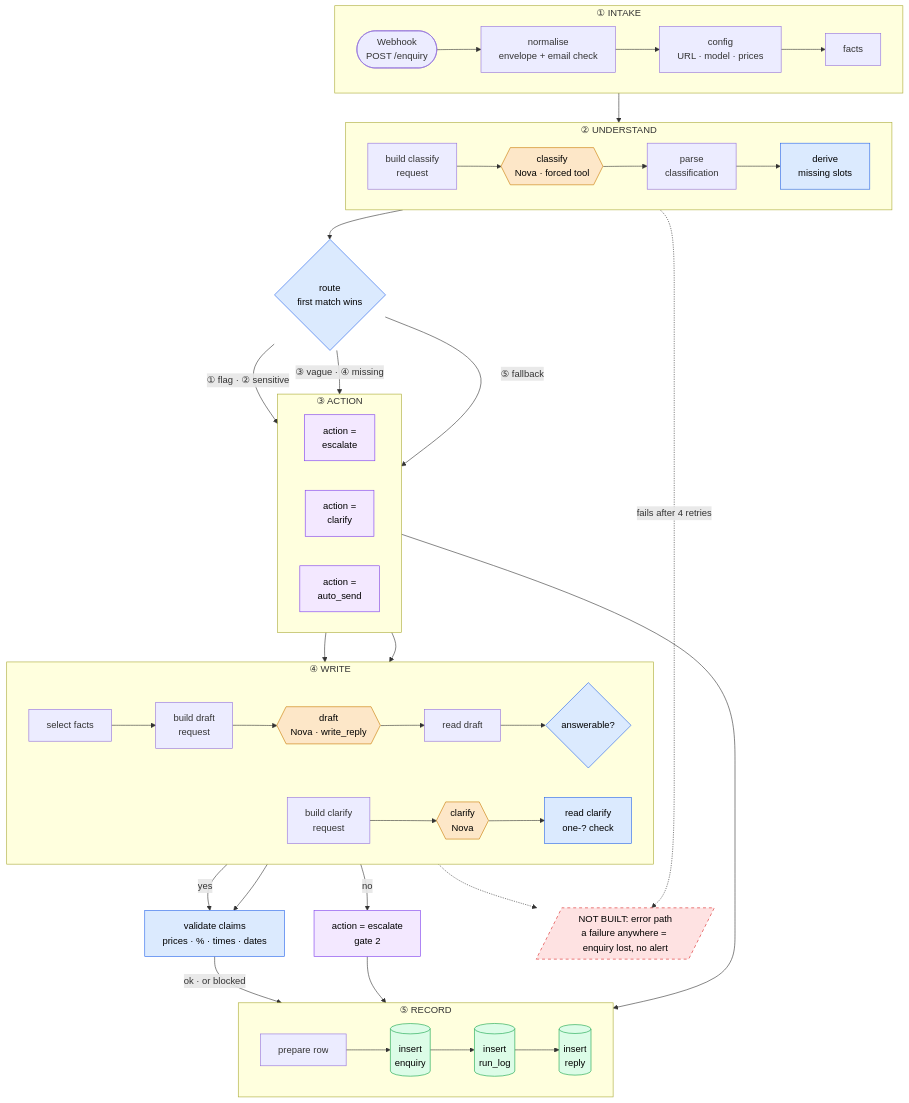
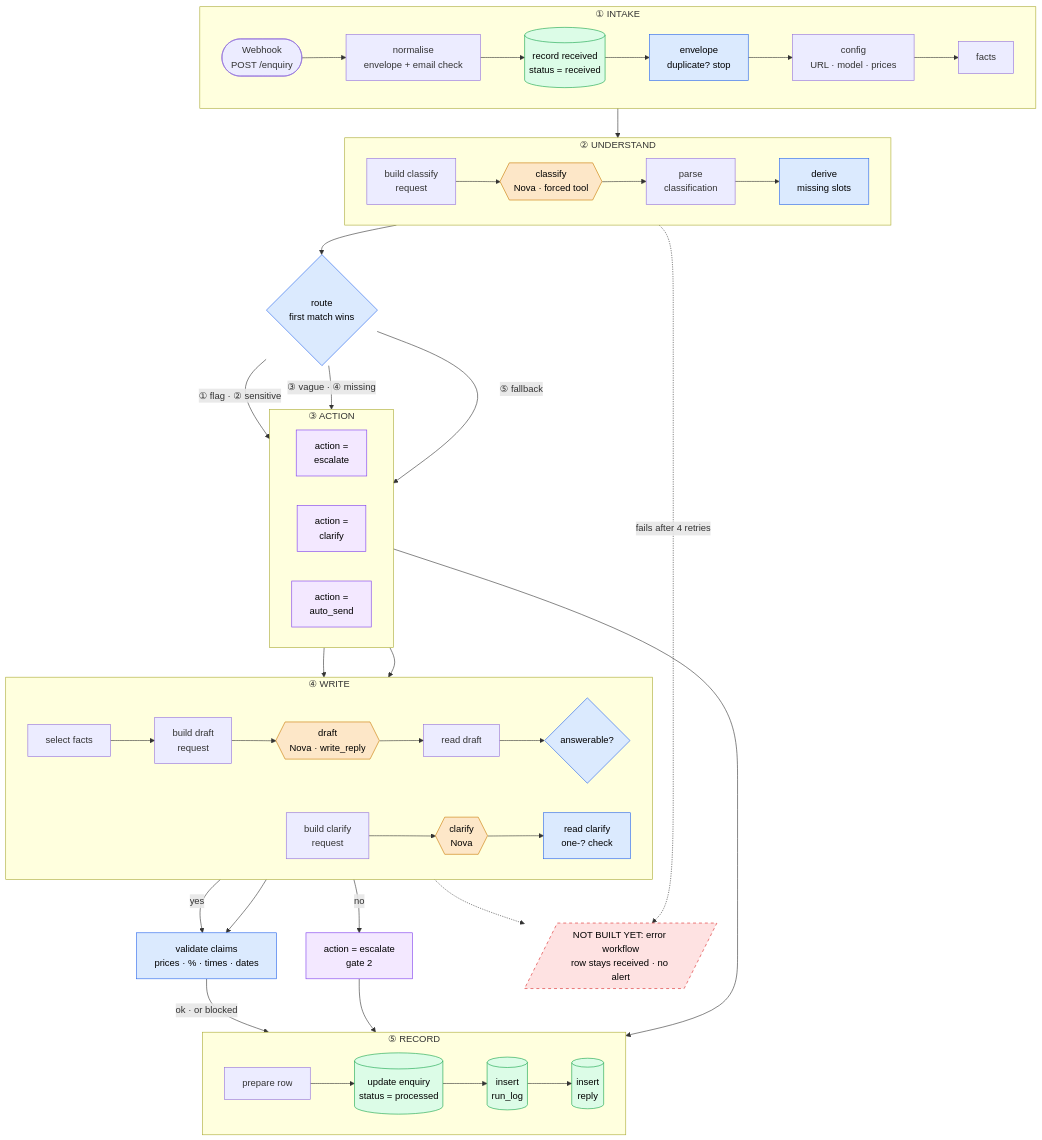
The diagram in STATE.md (deeowemez/enquiry-desk), drawn with Mermaid before and after one commit. The commit also changed other lines of this file and 4 other files, not shown here.

````diff
--- a/STATE.md
+++ b/STATE.md
@@ -34,64 +34,64 @@
 ```mermaid
 flowchart TB
   subgraph S1["① INTAKE"]
     direction LR
-    W([Webhook<br/>POST /enquiry]) --> N[normalise<br/>envelope + email check] --> CFG[config<br/>URL · model · prices] --> F[facts]
+    W([Webhook<br/>POST /enquiry]) --> N[normalise<br/>envelope + email check] --> RR[(record received<br/>status = received)] --> EN[envelope<br/>duplicate? stop] --> CFG[config<br/>URL · model · prices] --> F[facts]
   end
 
   subgraph S2["② UNDERSTAND"]
     direction LR
     BC[build classify<br/>request] --> C{{classify<br/>Nova · forced tool}} --> PC[parse<br/>classification] --> D[derive<br/>missing slots]
   end
 
   R{route<br/>first match wins}
 
   subgraph S3["③ ACTION"]
     direction LR
     E[action =<br/>escalate]
     Q[action =<br/>clarify]
     A[action =<br/>auto_send]
   end
 
   subgraph S4["④ WRITE"]
     direction LR
     SF[select facts] --> BD[build draft<br/>request] --> DR{{draft<br/>Nova · write_reply}} --> RD[read draft] --> G{answerable?}
     BQ[build clarify<br/>request] --> CL{{clarify<br/>Nova}} --> RQ[read clarify<br/>one-? check]
   end
 
   V[validate claims<br/>prices · % · times · dates]
   E2[action = escalate<br/>gate 2]
 
   subgraph S5["⑤ RECORD"]
     direction LR
-    P[prepare row] --> IE[(insert<br/>enquiry)] --> RL[(insert<br/>run_log)] --> RP[(insert<br/>reply)]
+    P[prepare row] --> IE[(update enquiry<br/>status = processed)] --> RL[(insert<br/>run_log)] --> RP[(insert<br/>reply)]
   end
 
-  X[/"NOT BUILT: error path<br/>a failure anywhere = enquiry lost, no alert"/]
+  X[/"NOT BUILT YET: error workflow<br/>row stays received · no alert"/]
 
   F --> BC
   D --> R
   R -- "① flag · ② sensitive" --> E
   R -- "③ vague · ④ missing" --> Q
   R -- "⑤ fallback" --> A
   A --> SF
   Q --> BQ
   G -- "yes" --> V
   G -- "no" --> E2
   RQ --> V
   V -- "ok · or blocked" --> P
   E --> P
   E2 --> P
   C -. "fails after 4 retries" .-> X
   DR -.-> X
 
   classDef model fill:#fde7c8,stroke:#c97a00,color:#000
   classDef code fill:#dbeafe,stroke:#2563eb,color:#000
   classDef db fill:#dcfce7,stroke:#16a34a,color:#000
   classDef act fill:#f3e8ff,stroke:#7c3aed,color:#000
   classDef gap fill:#fee2e2,stroke:#dc2626,color:#000,stroke-dasharray:5 5
   class C,DR,CL model
-  class D,R,G,V,RQ code
-  class IE,RL,RP db
+  class D,R,G,V,RQ,EN code
+  class RR,IE,RL,RP db
   class E,Q,A,E2 act
   class X gap
 ```
````
